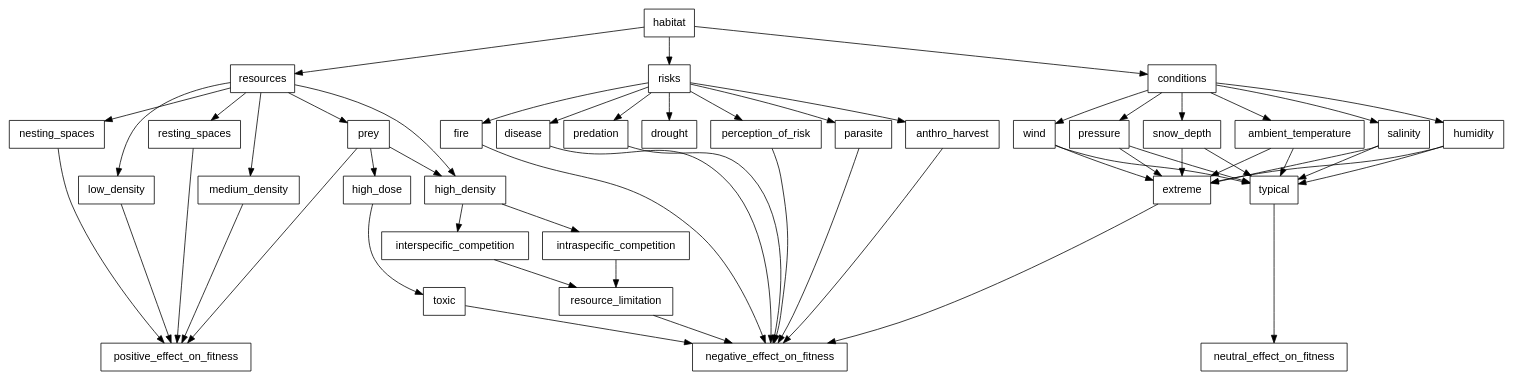
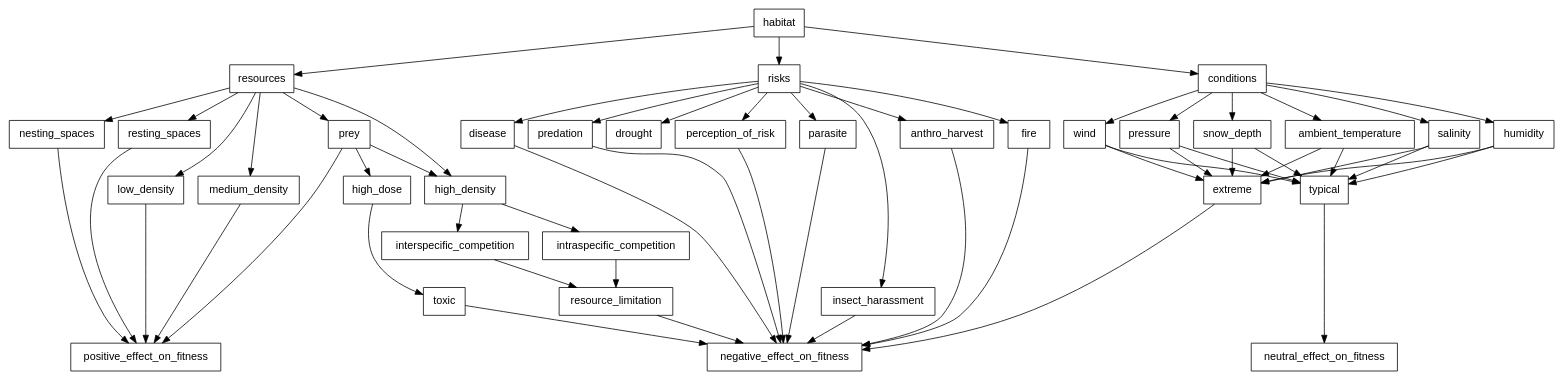
Before and after one commit to robitalec/comprehensive-exam: the diagram in gv/resources-risks-conditions.gv, drawn with Graphviz.

Commit message:
add insect harassment

```diff
--- a/gv/resources-risks-conditions.gv
+++ b/gv/resources-risks-conditions.gv
@@ -1,65 +1,65 @@
 digraph resources_risks_conditions {
 	rankdir = TB
   graph [fontsize = 12]
 
 	node [shape = box, fontname = Helvetica]
 
 		habitat -> {resources, risks, conditions}
 
 		{rank=same
 	    resources
 	    risks
 	    conditions
 		}
 
 		{rank=same
 			positive_effect_on_fitness
 			negative_effect_on_fitness
 			neutral_effect_on_fitness
 		}
 
 		{rank=same
 			prey
 			nesting_spaces
 			resting_spaces
 		}
 
 		{rank=same
 			high_density
 			low_density
 			medium_density
 			high_dose
 		}
 
 		{rank=same
 			anthro_harvest
 			fire
 			disease
 			drought
 			predation
 			perception_of_risk
 			parasite
 			disease
 		}
 
     resources -> {prey nesting_spaces resting_spaces}
 
-    risks -> {predation perception_of_risk parasite disease anthro_harvest fire drought}
+    risks -> {predation perception_of_risk parasite disease anthro_harvest fire drought insect_harassment}
 
     conditions -> {ambient_temperature salinity humidity wind pressure snow_depth} -> {extreme typical}
 
     prey -> high_dose -> toxic -> negative_effect_on_fitness
 
     prey -> high_density -> {interspecific_competition intraspecific_competition}
   	{interspecific_competition intraspecific_competition} -> resource_limitation
 
     resources -> {low_density medium_density high_density}
 
     extreme -> negative_effect_on_fitness
     typical -> neutral_effect_on_fitness
 
-    {anthro_harvest fire disease parasite perception_of_risk predation resource_limitation} -> negative_effect_on_fitness
+    {anthro_harvest fire disease parasite perception_of_risk predation resource_limitation insect_harassment} -> negative_effect_on_fitness
 
 		{medium_density low_density, resting_spaces nesting_spaces prey} -> positive_effect_on_fitness
 
 }
```
